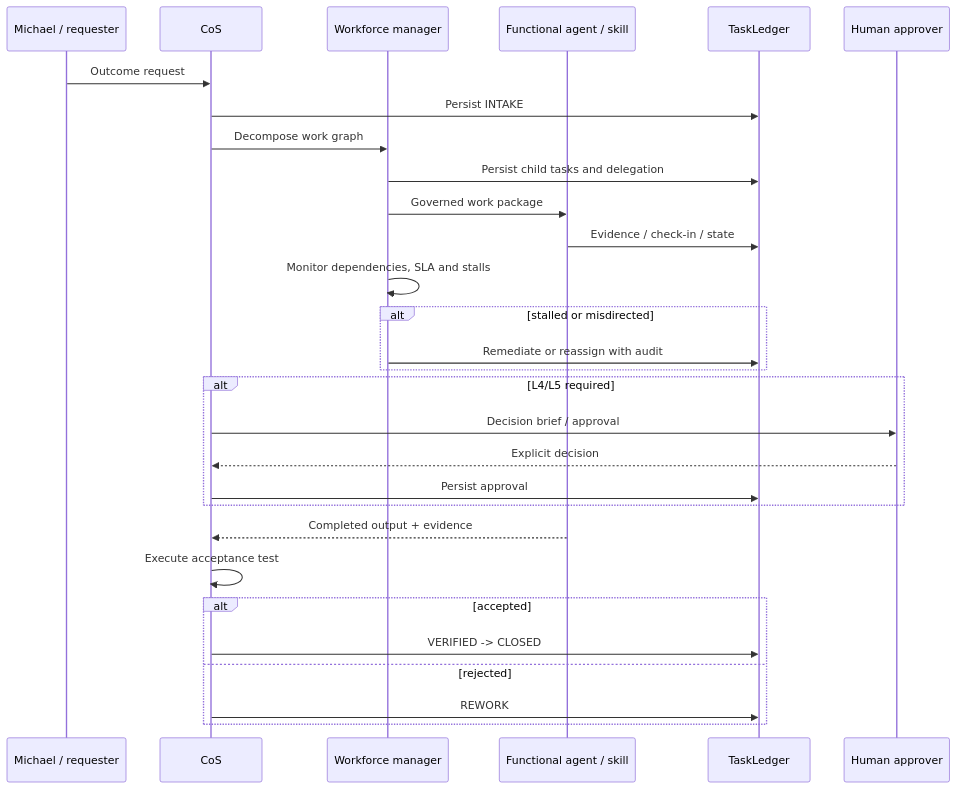
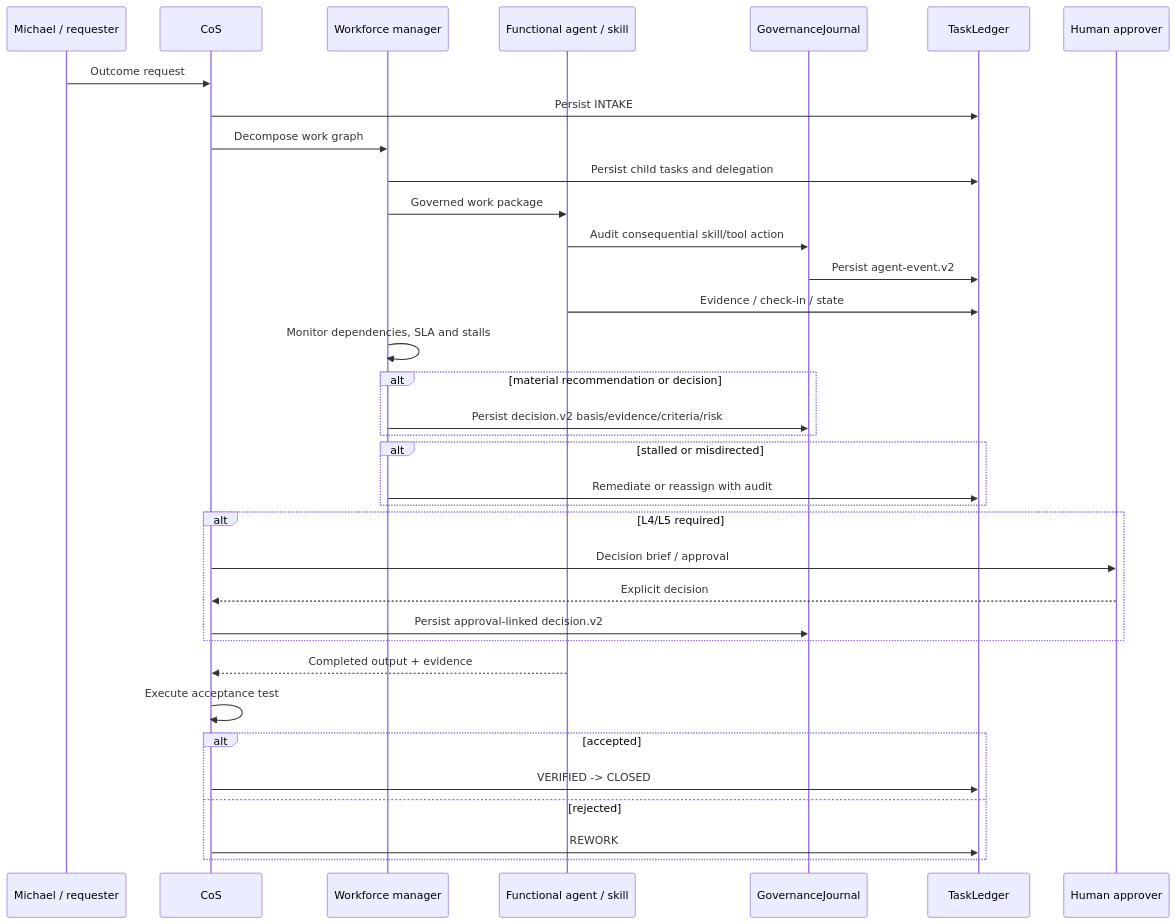
The second of 2 diagrams in docs/architecture.md (mkleinbe/mesh-ai-agent-cos-universe), drawn with Mermaid before and after one commit. The commit also changed other lines of this file, not shown here.

Commit message:
docs: add governance journal and Sheet mirror architecture

````diff
--- a/docs/architecture.md
+++ b/docs/architecture.md
@@ -46,32 +58,38 @@
 ```mermaid
 sequenceDiagram
     participant M as Michael / requester
     participant C as CoS
     participant W as Workforce manager
     participant F as Functional agent / skill
+    participant G as GovernanceJournal
     participant L as TaskLedger
     participant H as Human approver
 
     M->>C: Outcome request
     C->>L: Persist INTAKE
     C->>W: Decompose work graph
     W->>L: Persist child tasks and delegation
     W->>F: Governed work package
+    F->>G: Audit consequential skill/tool action
+    G->>L: Persist agent-event.v2
     F->>L: Evidence / check-in / state
     W->>W: Monitor dependencies, SLA and stalls
+    alt material recommendation or decision
+        W->>G: Persist decision.v2 basis/evidence/criteria/risk
+    end
     alt stalled or misdirected
         W->>L: Remediate or reassign with audit
     end
     alt L4/L5 required
         C->>H: Decision brief / approval
         H-->>C: Explicit decision
-        C->>L: Persist approval
+        C->>G: Persist approval-linked decision.v2
     end
     F-->>C: Completed output + evidence
     C->>C: Execute acceptance test
     alt accepted
         C->>L: VERIFIED -> CLOSED
     else rejected
         C->>L: REWORK
     end
 ```
````
